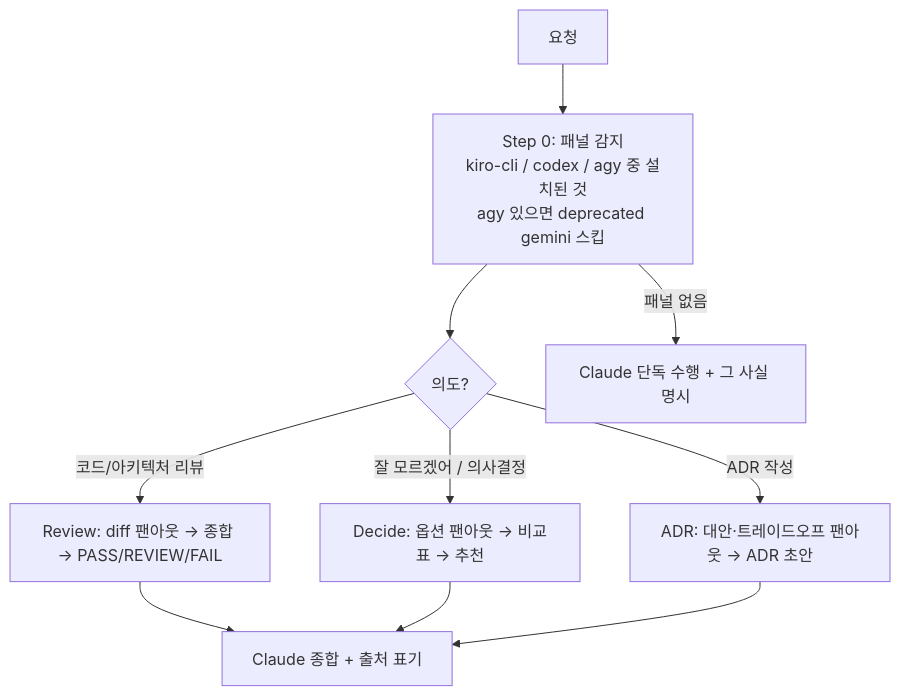
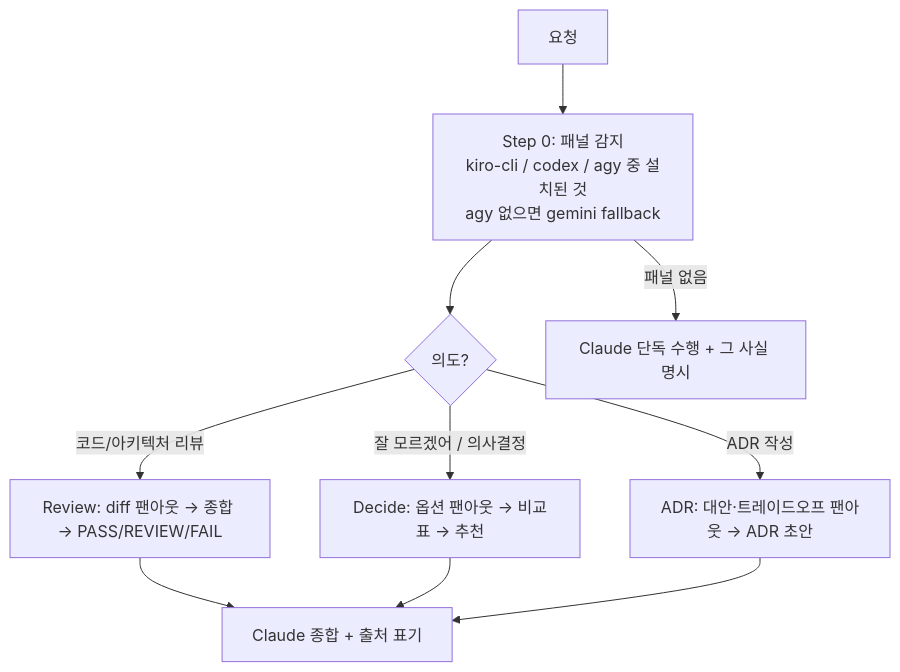
Before and after one commit to Atom-oh/oh-my-cloud-skills: the diagram in plugins/co-agent/agents/co-agent.md, drawn with Mermaid. The commit also changed other lines of this file and 17 other files, not shown here.

````diff
--- a/plugins/co-agent/agents/co-agent.md
+++ b/plugins/co-agent/agents/co-agent.md
@@ -36,12 +36,12 @@
 ```mermaid
 graph TD
-    A[요청] --> P[Step 0: 패널 감지<br/>kiro-cli / codex / agy 중 설치된 것<br/>agy 있으면 deprecated gemini 스킵]
+    A[요청] --> P[Step 0: 패널 감지<br/>kiro-cli / codex / agy 중 설치된 것<br/>agy 없으면 gemini fallback]
     P --> B{의도?}
     B -->|코드/아키텍처 리뷰| R[Review: diff 팬아웃 → 종합 → PASS/REVIEW/FAIL]
     B -->|"잘 모르겠어" / 의사결정| D[Decide: 옵션 팬아웃 → 비교표 → 추천]
     B -->|ADR 작성| ADR[ADR: 대안·트레이드오프 팬아웃 → ADR 초안]
     R --> S[Claude 종합 + 출처 표기]
     D --> S
     ADR --> S
     P -->|패널 없음| SOLO[Claude 단독 수행 + 그 사실 명시]
 ```
````
